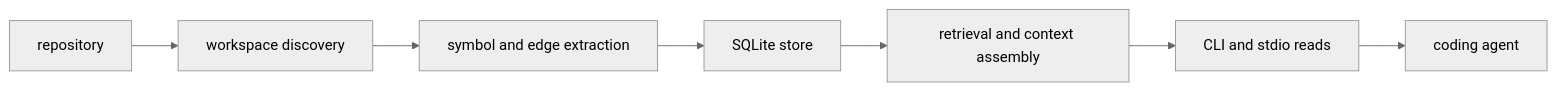
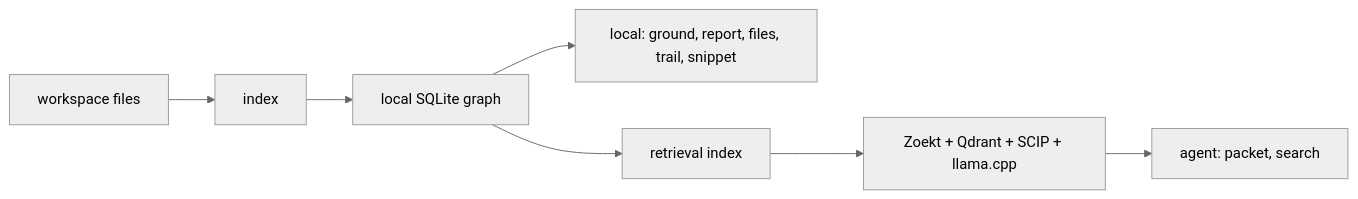
One commit to TheGreenCedar/CodeStory changed the diagram in README.md. Above: the diagram before and after it, drawn with Mermaid (neutral theme). The commit also changed other lines of this file and 11 other files, not shown here.

First line of the commit message:
add mermaid diagrams across docs for visual onboarding (#28)

````diff
--- a/README.md
+++ b/README.md
@@ -151,9 +30,9 @@
 ```mermaid
 flowchart LR
-    Repo["repository"] --> Workspace["workspace discovery"]
-    Workspace --> Indexer["symbol and edge extraction"]
-    Indexer --> Store["SQLite store"]
-    Store --> Runtime["retrieval and context assembly"]
-    Runtime --> CLI["CLI and stdio reads"]
-    CLI --> Agent["coding agent"]
+    Repo["workspace files"] --> Index["index"]
+    Index --> Store["local SQLite graph"]
+    Store --> Local["local: ground, report, files, trail, snippet"]
+    Store --> RetrievalIndex["retrieval index"]
+    RetrievalIndex --> Sidecars["Zoekt + Qdrant + SCIP + llama.cpp"]
+    Sidecars --> AgentSearch["agent: packet, search"]
 ```
````
